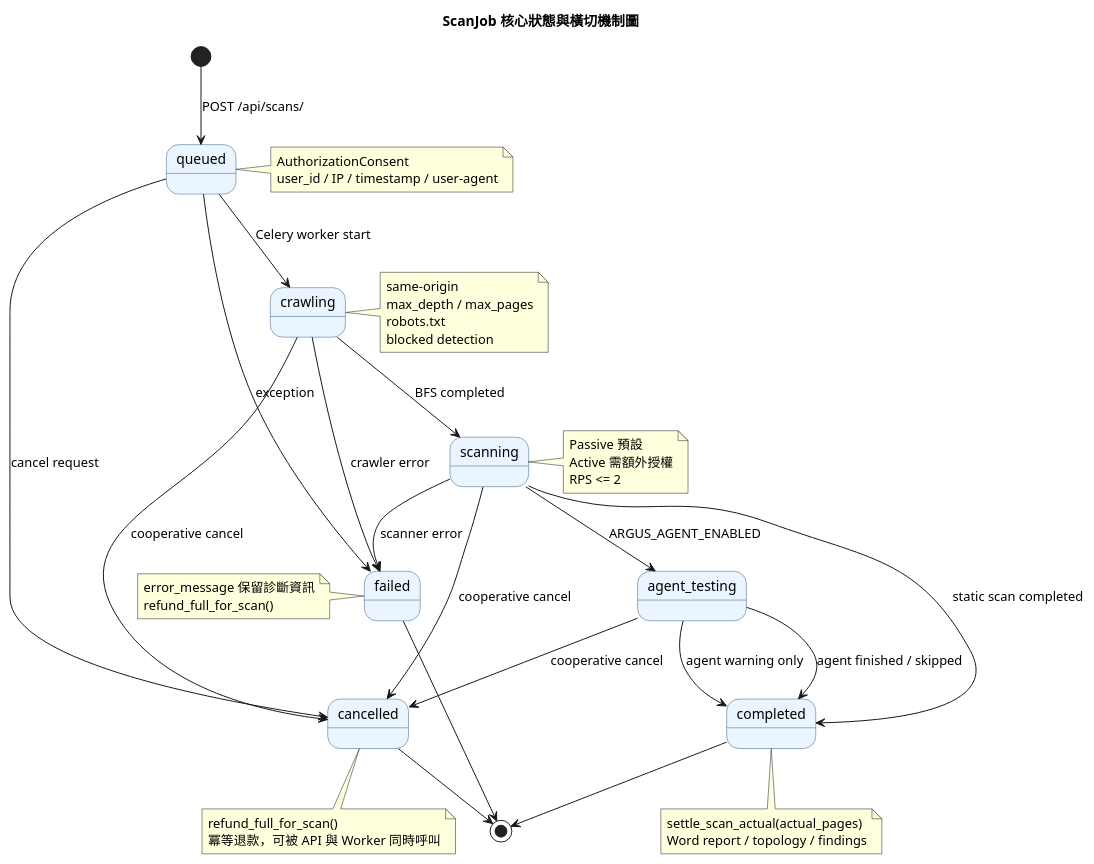
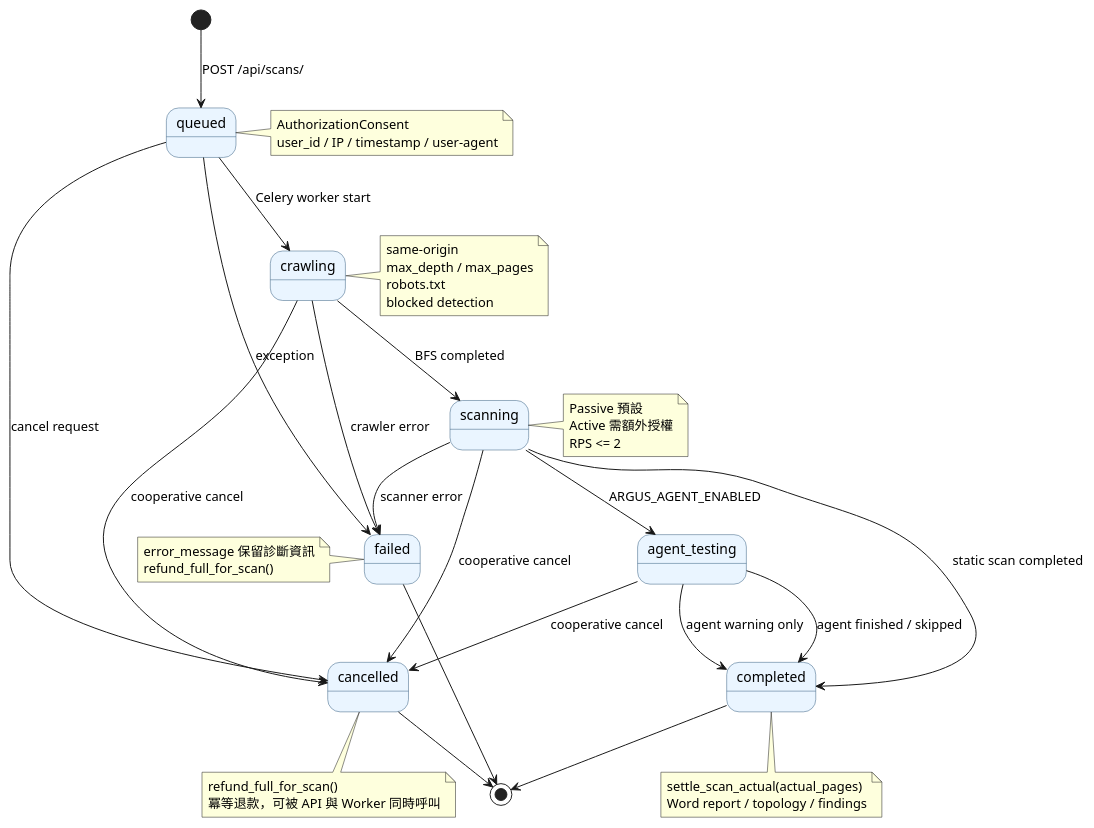
The third of 13 diagrams in PlantUML.md (Djude1/Argus), drawn with PlantUML before and after one commit. The commit also changed other lines of this file, not shown here.

First line of the commit message:
fix: remove PlantUML title directives for compatibility

````diff
--- a/PlantUML.md
+++ b/PlantUML.md
@@ -161,65 +159,64 @@
 ```plantuml
 @startuml
-title ScanJob 核心狀態與橫切機制圖
 skinparam defaultFontName Microsoft JhengHei
 skinparam shadowing false
 skinparam state {
   BackgroundColor #EAF5FF
   BorderColor #315a7d
 }
 
 [*] --> queued : POST /api/scans/
 queued --> crawling : Celery worker start
 crawling --> scanning : BFS completed
 scanning --> agent_testing : ARGUS_AGENT_ENABLED
 scanning --> completed : static scan completed
 agent_testing --> completed : agent finished / skipped
 
 queued --> cancelled : cancel request
 crawling --> cancelled : cooperative cancel
 scanning --> cancelled : cooperative cancel
 agent_testing --> cancelled : cooperative cancel
 
 queued --> failed : exception
 crawling --> failed : crawler error
 scanning --> failed : scanner error
 agent_testing --> completed : agent warning only
 
 completed --> [*]
 cancelled --> [*]
 failed --> [*]
 
 note right of queued
   AuthorizationConsent
   user_id / IP / timestamp / user-agent
 end note
 
 note right of crawling
   same-origin
   max_depth / max_pages
   robots.txt
   blocked detection
 end note
 
 note right of scanning
   Passive 預設
   Active 需額外授權
   RPS <= 2
 end note
 
 note bottom of completed
   settle_scan_actual(actual_pages)
   Word report / topology / findings
 end note
 
 note bottom of cancelled
   refund_full_for_scan()
   冪等退款，可被 API 與 Worker 同時呼叫
 end note
 
 note left of failed
   error_message 保留診斷資訊
   refund_full_for_scan()
 end note
 @enduml
 ```
````
